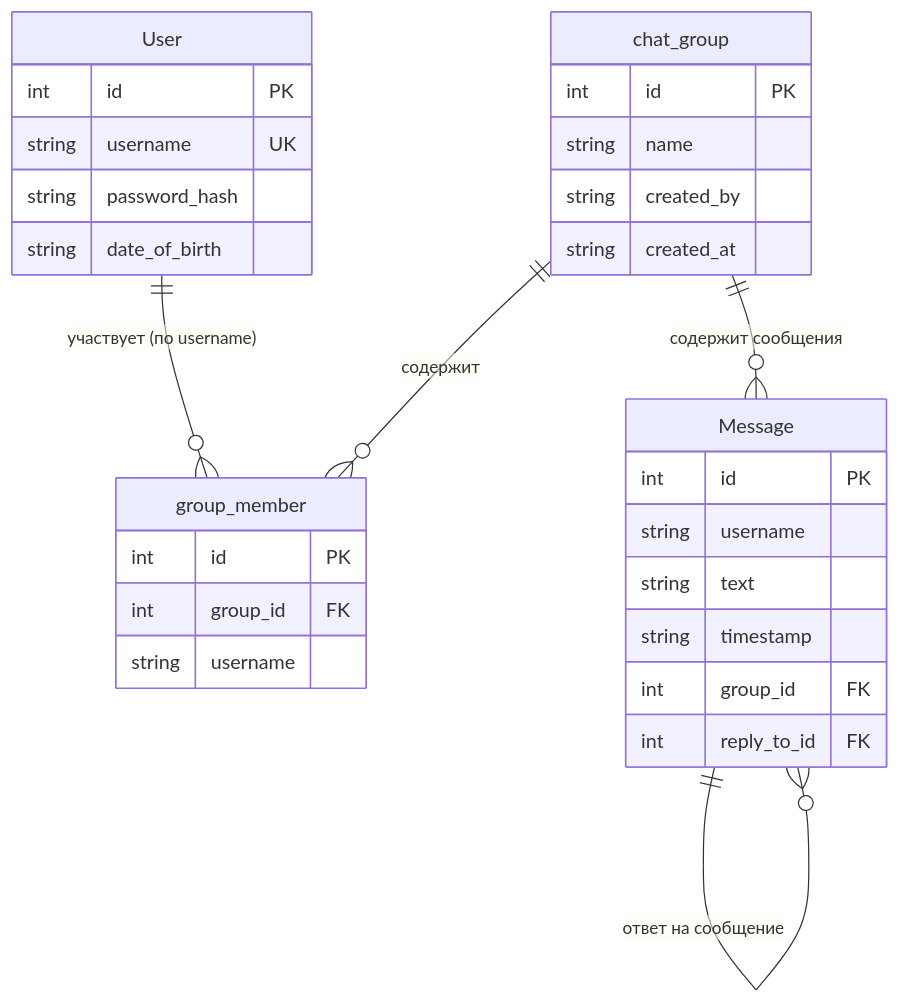
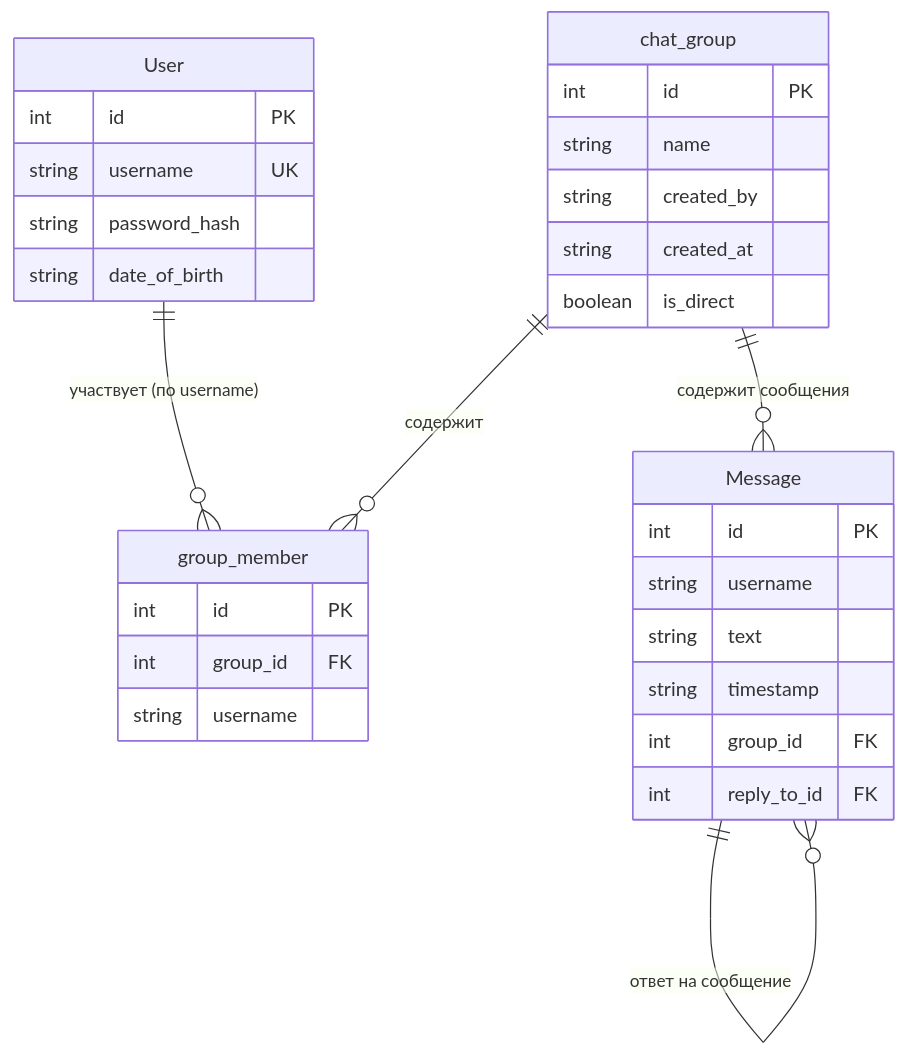
The diagram in README.md (alexcherch/Half_Chat), drawn with Mermaid before and after one commit. The commit also changed other lines of this file and 6 other files, not shown here.

````diff
--- a/README.md
+++ b/README.md
@@ -79,36 +81,37 @@
 ```mermaid
 erDiagram
     User {
         int id PK
         string username UK
         string password_hash
         string date_of_birth
     }
 
     chat_group {
         int id PK
         string name
         string created_by
         string created_at
+        boolean is_direct
     }
 
     group_member {
         int id PK
         int group_id FK
         string username
     }
 
     Message {
         int id PK
         string username
         string text
         string timestamp
         int group_id FK
         int reply_to_id FK
     }
 
     Message ||--o{ Message : "ответ на сообщение"
     User ||--o{ group_member : "участвует (по username)"
     chat_group ||--o{ group_member : "содержит"
     chat_group ||--o{ Message : "содержит сообщения"
 ```
````
